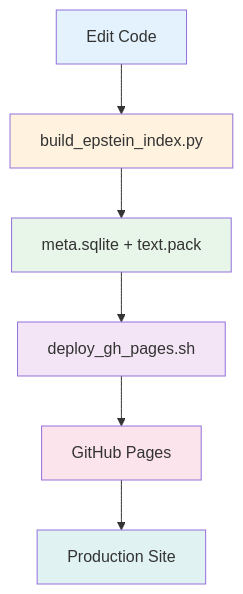
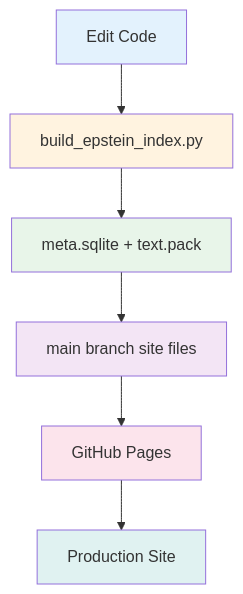
The third of 5 diagrams in README.md (Dicklesworthstone/ees), drawn with Mermaid before and after one commit. The commit also changed other lines of this file and 7 other files, not shown here.

````diff
--- a/README.md
+++ b/README.md
@@ -142,15 +142,15 @@
 ```mermaid
 flowchart TD
     A[Edit Code] --> B[build_epstein_index.py]
     B --> C[meta.sqlite + text.pack]
-    C --> D[deploy_gh_pages.sh]
+    C --> D[main branch site files]
     D --> E[GitHub Pages]
     E --> F[Production Site]
     
     style A fill:#e3f2fd
     style B fill:#fff3e0
     style C fill:#e8f5e9
     style D fill:#f3e5f5
     style E fill:#fce4ec
     style F fill:#e0f2f1
 ```
````
